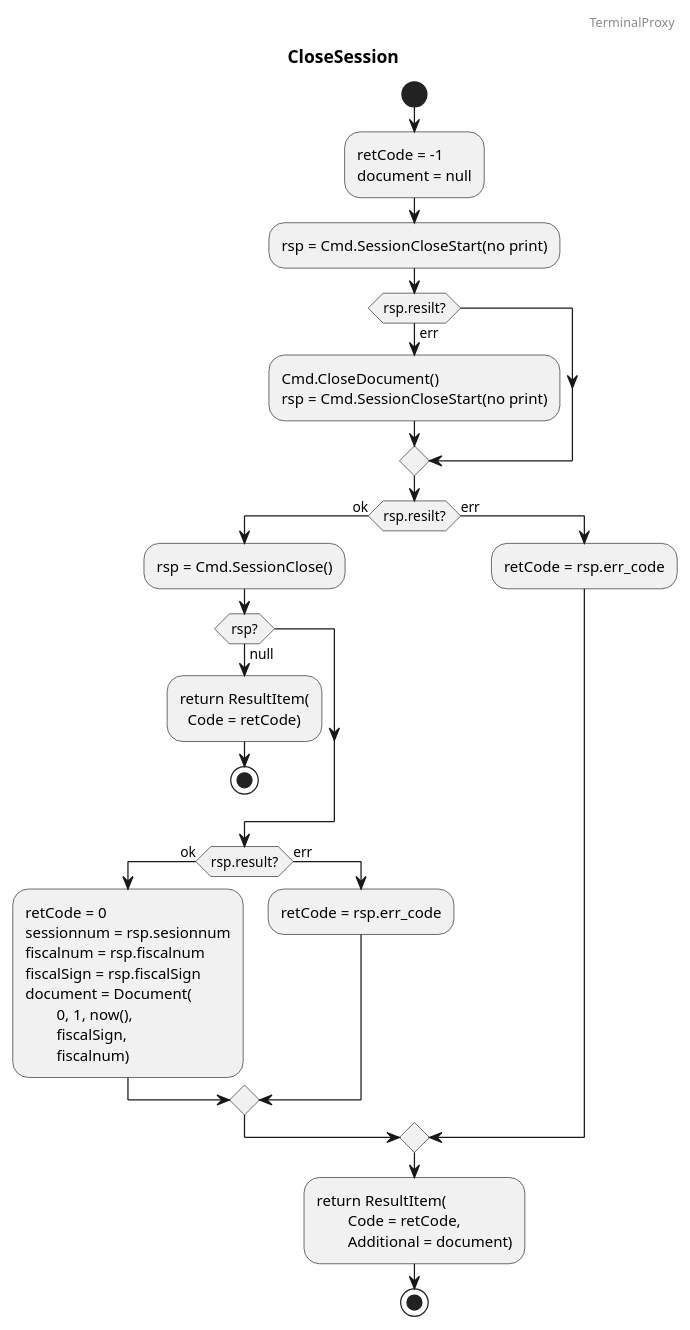
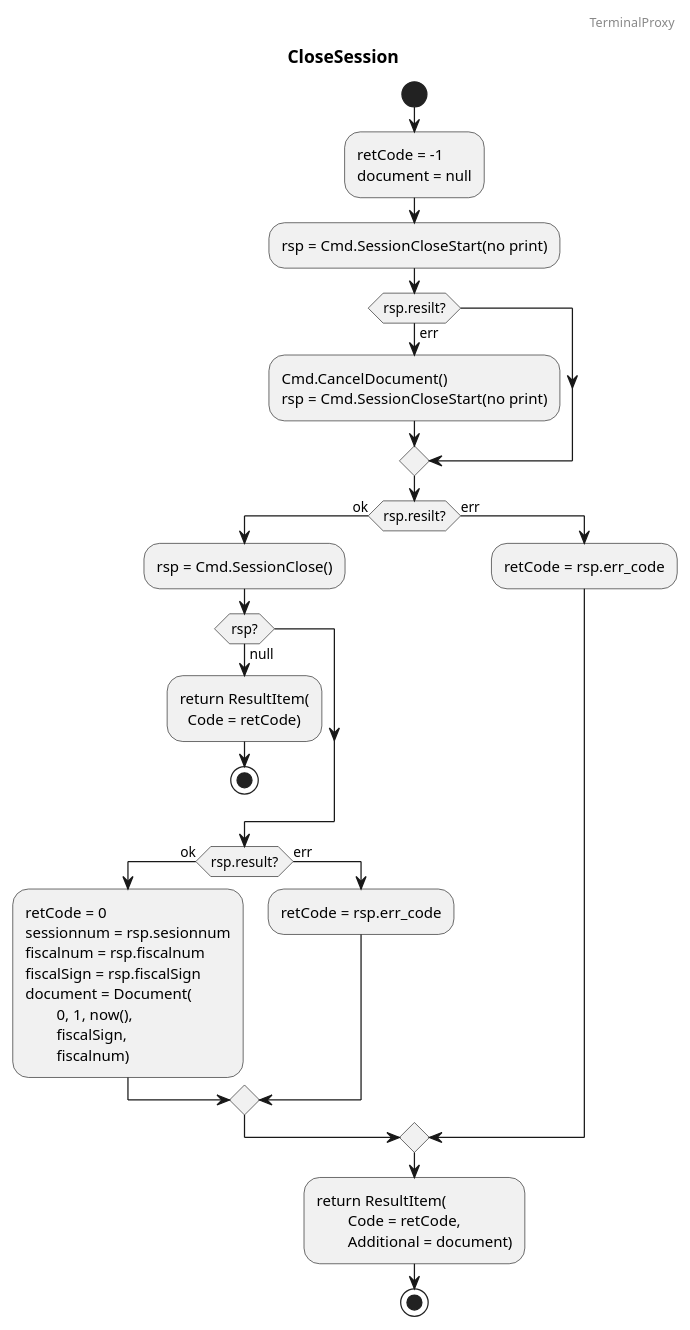
One commit to tieugene/kitpos changed the diagram in doc/tp.sc.puml. Above: the diagram before and after it, drawn with PlantUML. The commit also changed 3 other files, not shown here.

```diff
--- a/doc/tp.sc.puml
+++ b/doc/tp.sc.puml
@@ -1,43 +1,43 @@
 @startuml
 
 header TerminalProxy
 
 title CloseSession
 
 start
 :retCode = -1
 document = null;
 
 :rsp = Cmd.SessionCloseStart(no print);
 if (rsp.resilt?) then (err)
-	:Cmd.CloseDocument()
+	:Cmd.CancelDocument()
 	rsp = Cmd.SessionCloseStart(no print);
 endif
 if (rsp.resilt?) then (ok)
 	:rsp = Cmd.SessionClose();
 	if (rsp?) then (null)
 		:return ResultItem(
 		  Code = retCode);
 		stop
 	endif;
 	if (rsp.result?) then (ok)
 			:retCode = 0
 			sessionnum = rsp.sesionnum
 			fiscalnum = rsp.fiscalnum
 			fiscalSign = rsp.fiscalSign
 			document = Document(
 				0, 1, now(),
 				fiscalSign,
 				fiscalnum);
 	else (err)
 		:retCode = rsp.err_code;
 	endif
 else (err)
 	:retCode = rsp.err_code;
 endif
 :return ResultItem(
 	Code = retCode,
 	Additional = document);
 stop
 
 @enduml
```
